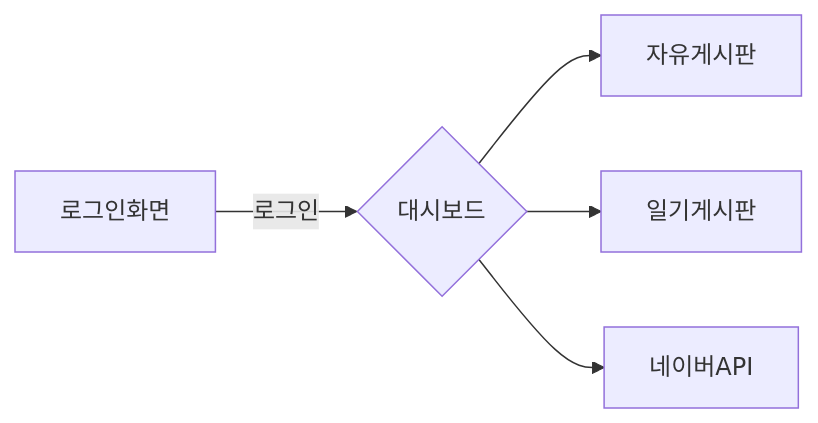
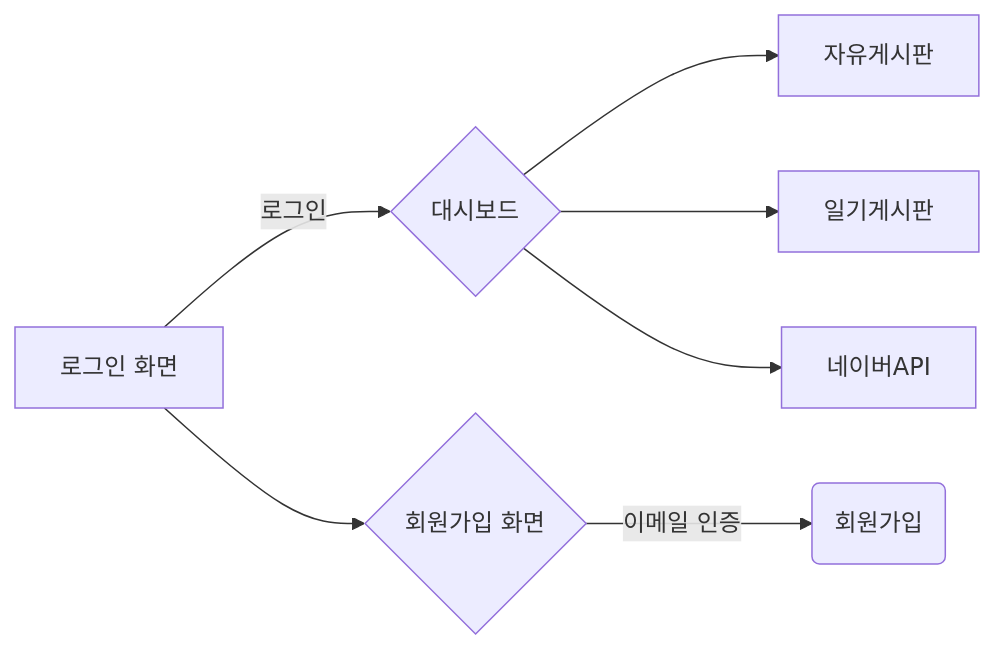
One commit to javamogi/PHC-WORLD changed the diagram in README.md. Above: the diagram before and after it, drawn with Mermaid.

````diff
--- a/README.md
+++ b/README.md
@@ -18,7 +18,9 @@
 ```mermaid
 flowchart LR
-    A[로그인화면] -->|로그인| B{대시보드}
+    A[로그인 화면] -->|로그인| B{대시보드}
+    A --> F{회원가입 화면}
+    F --> |이메일 인증| G(회원가입)
     B --> C[자유게시판]
     B --> D[일기게시판]
     B --> E[네이버API]
 ```
````
